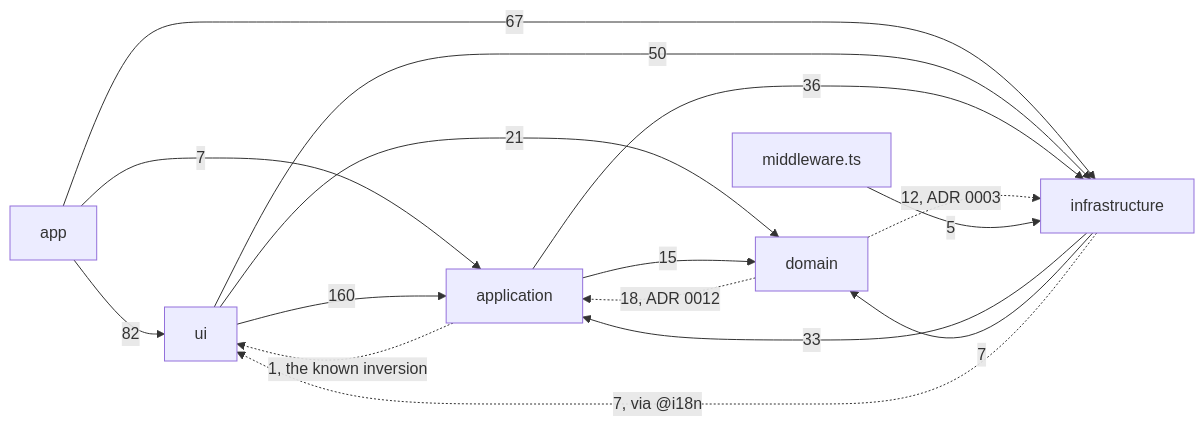
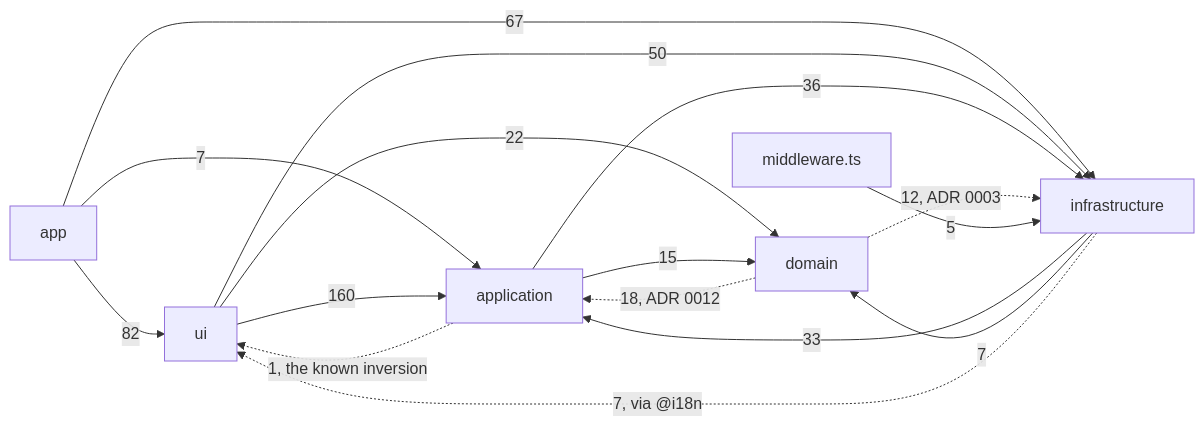
One commit to fbuireu/forever-pto changed the diagram in apps/docs/src/content/docs/architecture/overview.mdx. Above: the diagram before and after it, drawn with Mermaid. The commit also changed other lines of this file and 1 other file, not shown here.

Commit message:
docs(docs): describe the Preferred Months as the window's own months, and recount the layer imports

````diff
--- a/apps/docs/src/content/docs/architecture/overview.mdx
+++ b/apps/docs/src/content/docs/architecture/overview.mdx
@@ -47,24 +47,24 @@
 ```mermaid
 flowchart LR
   APP[app]
   UI[ui]
   APPL[application]
   DOM[domain]
   INFRA[infrastructure]
   MW[middleware.ts]
   APP -->|82| UI
   APP -->|7| APPL
   APP -->|67| INFRA
   UI -->|160| APPL
-  UI -->|21| DOM
+  UI -->|22| DOM
   UI -->|50| INFRA
   APPL -->|15| DOM
   APPL -->|36| INFRA
   APPL -.->|1, the known inversion| UI
   DOM -.->|18, ADR 0012| APPL
   DOM -.->|12, ADR 0003| INFRA
   INFRA -->|33| APPL
   INFRA -->|7| DOM
   INFRA -.->|7, via @i18n| UI
   MW -->|5| INFRA
 ```
````
